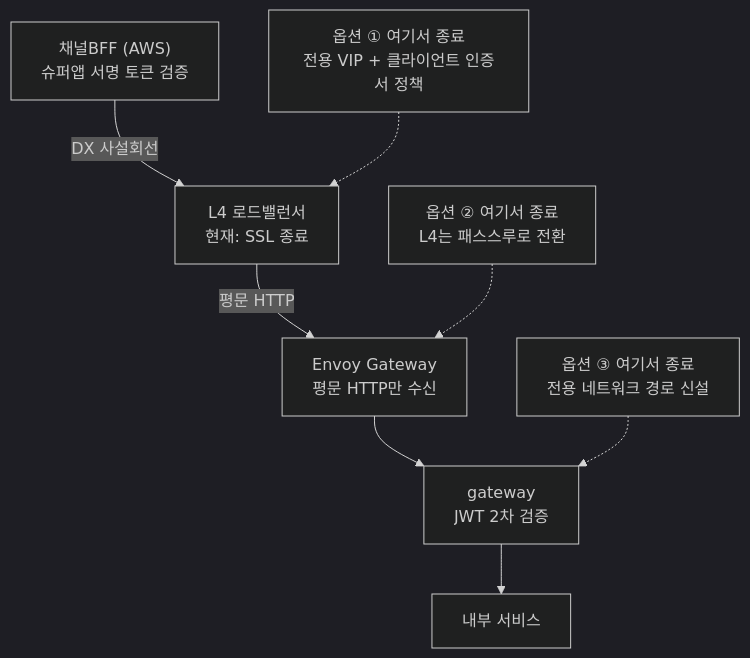
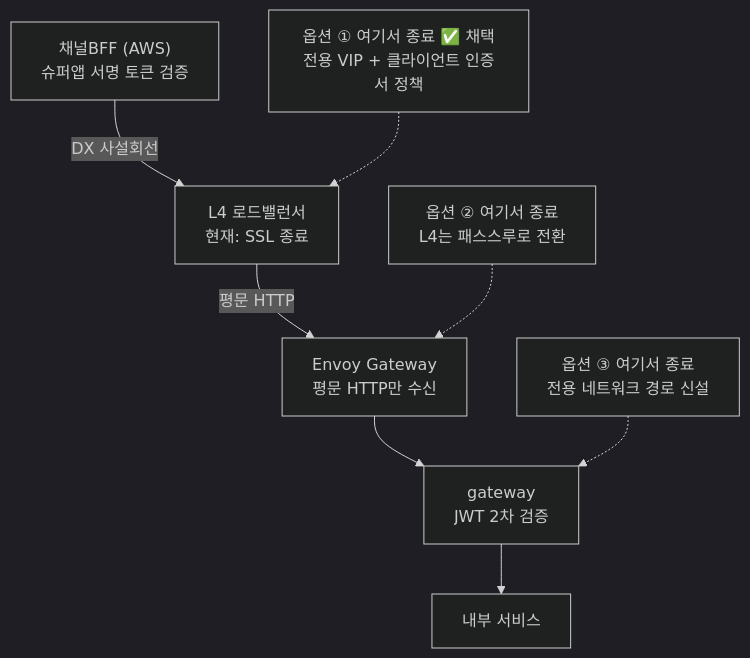
Before and after one commit to kimsukhwan/msa-k3s-lab: the diagram in MTLS-REVIEW.md, drawn with Mermaid (dark theme). The commit also changed other lines of this file and 1 other file, not shown here.

````diff
--- a/MTLS-REVIEW.md
+++ b/MTLS-REVIEW.md
@@ -38,21 +39,21 @@
 ```mermaid
 flowchart TB
     BFF["채널BFF (AWS)<br/>슈퍼앱 서명 토큰 검증"]
     L4["L4 로드밸런서<br/>현재: SSL 종료"]
     ENVOY["Envoy Gateway<br/>평문 HTTP만 수신"]
     GW["gateway<br/>JWT 2차 검증"]
     SVC["내부 서비스"]
 
     BFF -->|DX 사설회선| L4
     L4 -->|평문 HTTP| ENVOY
     ENVOY --> GW
     GW --> SVC
 
-    OPT1["옵션 ① 여기서 종료<br/>전용 VIP + 클라이언트 인증서 정책"]
+    OPT1["옵션 ① 여기서 종료 ✅ 채택<br/>전용 VIP + 클라이언트 인증서 정책"]
     OPT2["옵션 ② 여기서 종료<br/>L4는 패스스루로 전환"]
     OPT3["옵션 ③ 여기서 종료<br/>전용 네트워크 경로 신설"]
 
     OPT1 -.-> L4
     OPT2 -.-> ENVOY
     OPT3 -.-> GW
 ```
````
